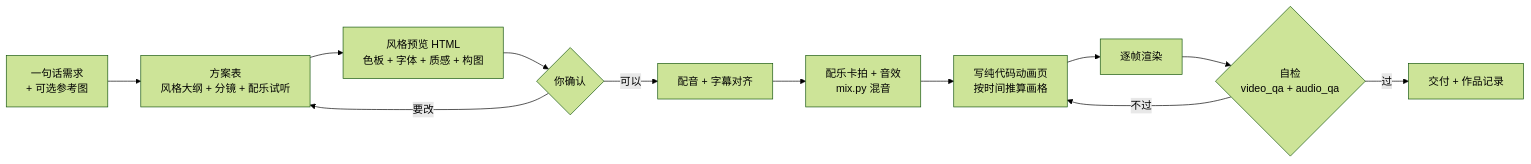
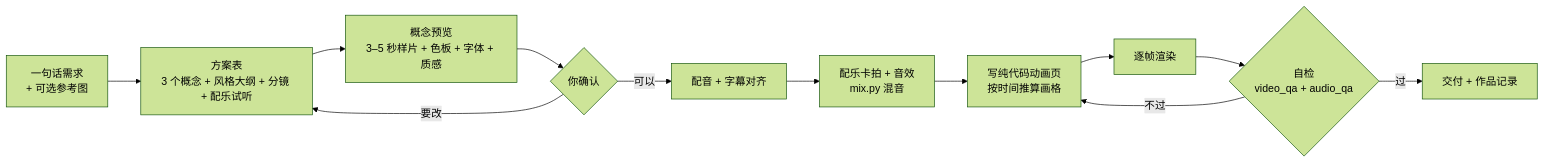
One commit to limboinf/video-skill changed the diagram in README.md. Above: the diagram before and after it, drawn with Mermaid (forest theme). The commit also changed other lines of this file and 20 other files, not shown here.

````diff
--- a/README.md
+++ b/README.md
@@ -12,14 +12,14 @@
 ```mermaid
 flowchart LR
-  A[一句话需求<br/>+ 可选参考图] --> B[方案表<br/>风格大纲 + 分镜 + 配乐试听]
-  B --> B2[风格预览 HTML<br/>色板 + 字体 + 质感 + 构图]
+  A[一句话需求<br/>+ 可选参考图] --> B[方案表<br/>3 个概念 + 风格大纲 + 分镜 + 配乐试听]
+  B --> B2[概念预览<br/>3–5 秒样片 + 色板 + 字体 + 质感]
   B2 --> C{你确认}
   C -- 要改 --> B
   C -- 可以 --> D[配音 + 字幕对齐]
   D --> E[配乐卡拍 + 音效<br/>mix.py 混音]
   E --> F[写纯代码动画页<br/>按时间推算画格]
   F --> G[逐帧渲染]
   G --> H{自检<br/>video_qa + audio_qa}
   H -- 不过 --> F
   H -- 过 --> I[交付 + 作品记录]
 ```
````
